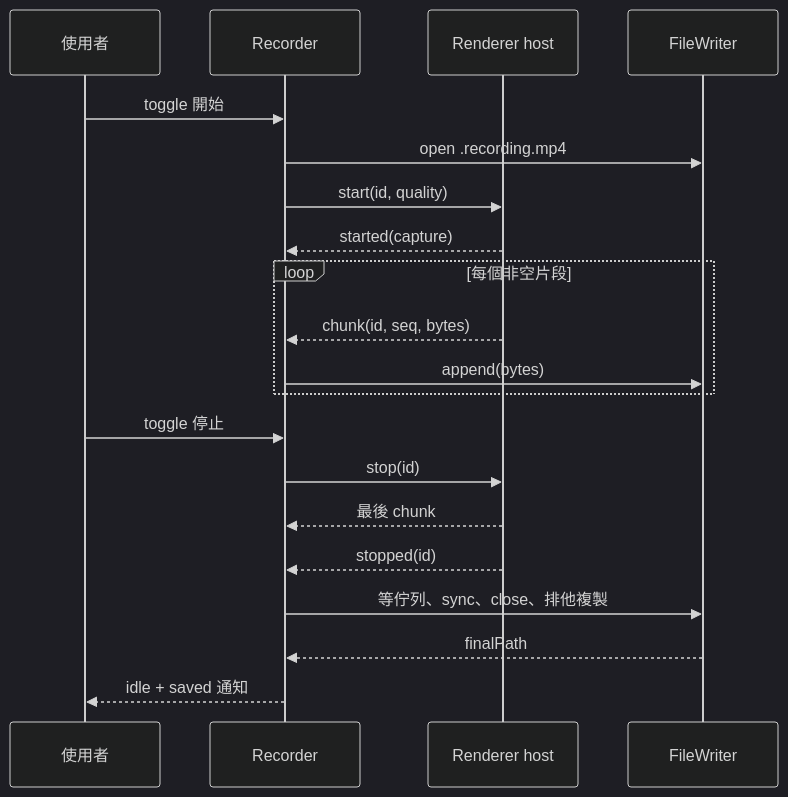
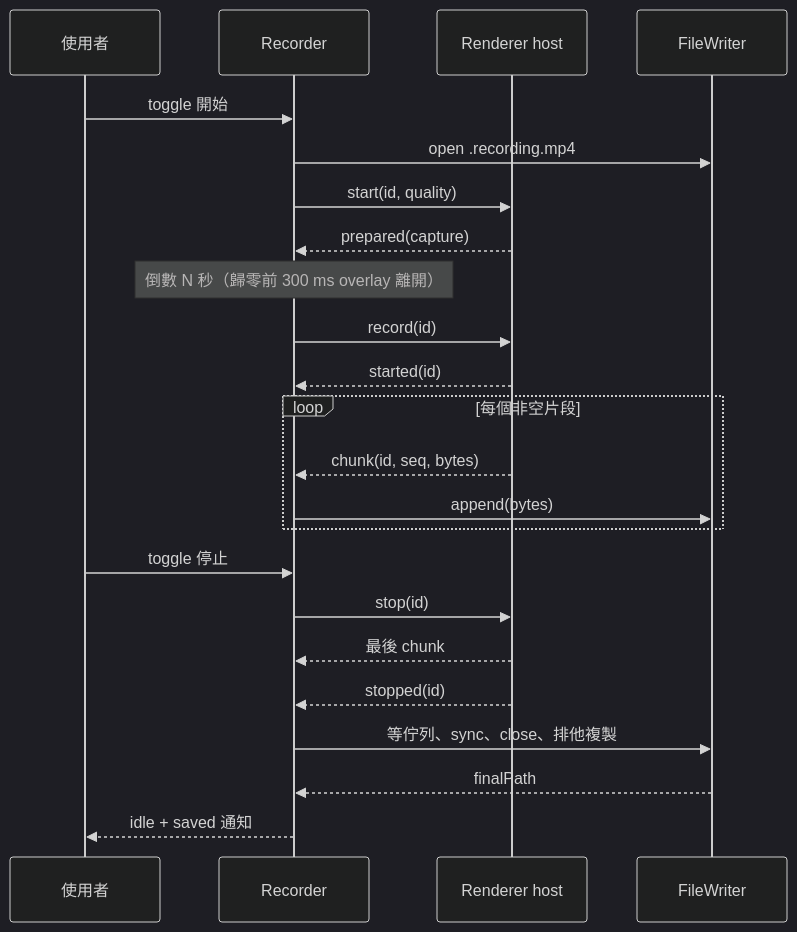
One commit to EricTsai83/recordstuff changed the second of 2 diagrams in docs/zh-TW/system-design/recording.md. Above: the diagram before and after it, drawn with Mermaid (dark theme). The commit also changed other lines of this file and 17 other files, not shown here.

````diff
--- a/docs/zh-TW/system-design/recording.md
+++ b/docs/zh-TW/system-design/recording.md
@@ -90,22 +111,25 @@
 ```mermaid
 sequenceDiagram
     participant U as 使用者
     participant R as Recorder
     participant H as Renderer host
     participant W as FileWriter
     U->>R: toggle 開始
     R->>W: open .recording.mp4
     R->>H: start(id, quality)
-    H-->>R: started(capture)
+    H-->>R: prepared(capture)
+    Note over R: 倒數 N 秒（歸零前 300 ms overlay 離開）
+    R->>H: record(id)
+    H-->>R: started(id)
     loop 每個非空片段
       H-->>R: chunk(id, seq, bytes)
       R->>W: append(bytes)
     end
     U->>R: toggle 停止
     R->>H: stop(id)
     H-->>R: 最後 chunk
     H-->>R: stopped(id)
     R->>W: 等佇列、sync、close、排他複製
     W-->>R: finalPath
     R-->>U: idle + saved 通知
 ```
````
